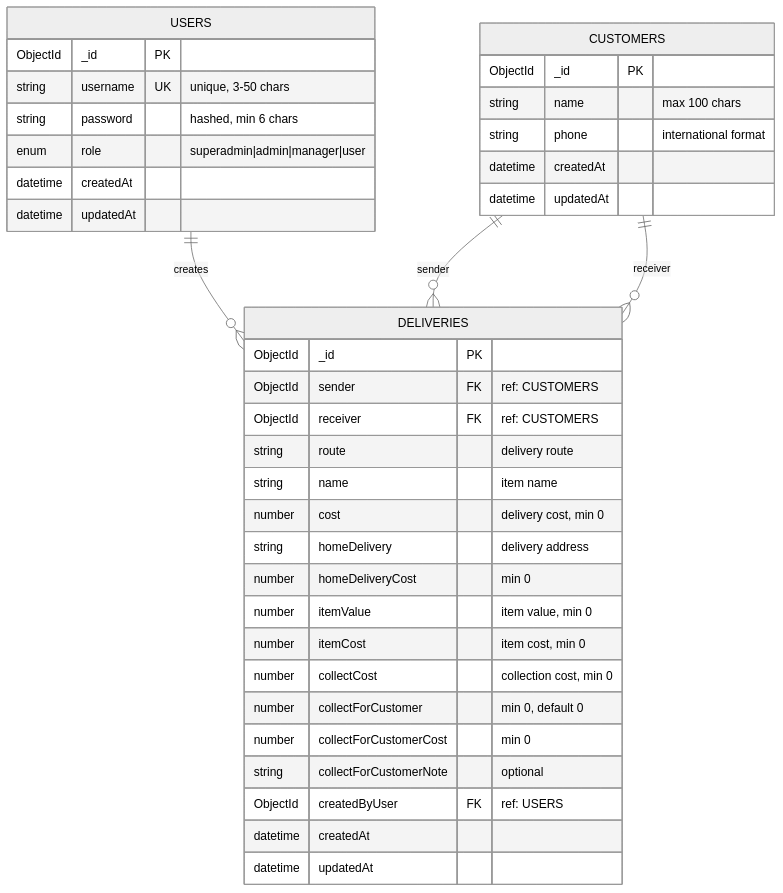
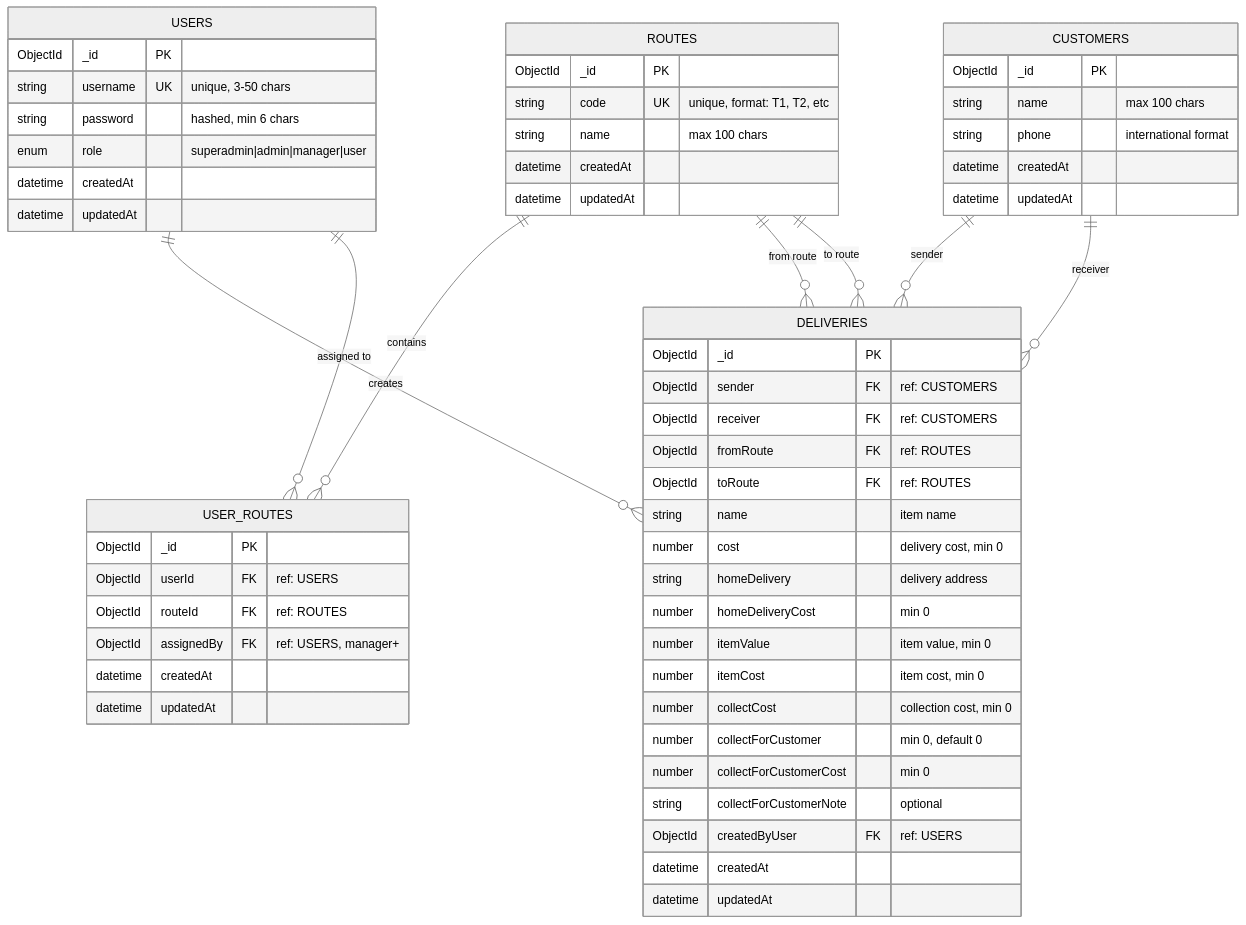
Before and after one commit to hoanggiathong/tc-delivery-server: the diagram in docs/ERD_DIAGRAM.md, drawn with Mermaid (neutral theme). The commit also changed other lines of this file and 28 other files, not shown here.

Commit message:
Update delivery schema and allow manager and admin able to add routes for user

````diff
--- a/docs/ERD_DIAGRAM.md
+++ b/docs/ERD_DIAGRAM.md
@@ -5,43 +5,65 @@
 ```mermaid
 erDiagram
     USERS ||--o{ DELIVERIES : creates
+    USERS ||--o{ USER_ROUTES : "assigned to"
+    ROUTES ||--o{ USER_ROUTES : "contains"
+    ROUTES ||--o{ DELIVERIES : "from route"
+    ROUTES ||--o{ DELIVERIES : "to route"
     CUSTOMERS ||--o{ DELIVERIES : "sender"
     CUSTOMERS ||--o{ DELIVERIES : "receiver"
 
     USERS {
         ObjectId _id PK
         string username UK "unique, 3-50 chars"
         string password "hashed, min 6 chars"
         enum role "superadmin|admin|manager|user"
+        datetime createdAt
+        datetime updatedAt
+    }
+
+    ROUTES {
+        ObjectId _id PK
+        string code UK "unique, format: T1, T2, etc"
+        string name "max 100 chars"
+        datetime createdAt
+        datetime updatedAt
+    }
+
+    USER_ROUTES {
+        ObjectId _id PK
+        ObjectId userId FK "ref: USERS"
+        ObjectId routeId FK "ref: ROUTES"
+        ObjectId assignedBy FK "ref: USERS, manager+"
         datetime createdAt
         datetime updatedAt
     }
 
     CUSTOMERS {
         ObjectId _id PK
         string name "max 100 chars"
         string phone "international format"
         datetime createdAt
         datetime updatedAt
     }
 
     DELIVERIES {
         ObjectId _id PK
         ObjectId sender FK "ref: CUSTOMERS"
         ObjectId receiver FK "ref: CUSTOMERS"
-        string route "delivery route"
+        ObjectId fromRoute FK "ref: ROUTES"
+        ObjectId toRoute FK "ref: ROUTES"
         string name "item name"
         number cost "delivery cost, min 0"
         string homeDelivery "delivery address"
         number homeDeliveryCost "min 0"
         number itemValue "item value, min 0"
         number itemCost "item cost, min 0"
         number collectCost "collection cost, min 0"
         number collectForCustomer "min 0, default 0"
         number collectForCustomerCost "min 0"
         string collectForCustomerNote "optional"
         ObjectId createdByUser FK "ref: USERS"
         datetime createdAt
         datetime updatedAt
     }
 ```
````
